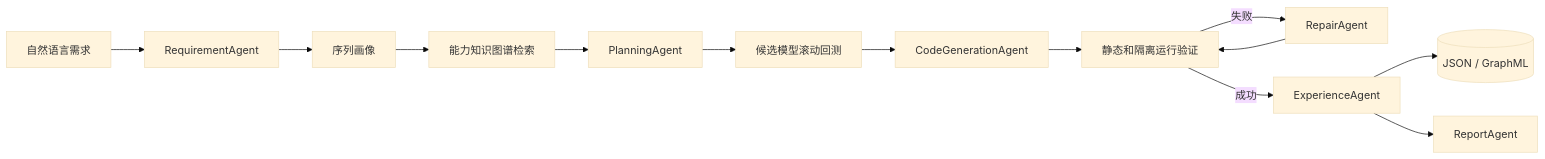
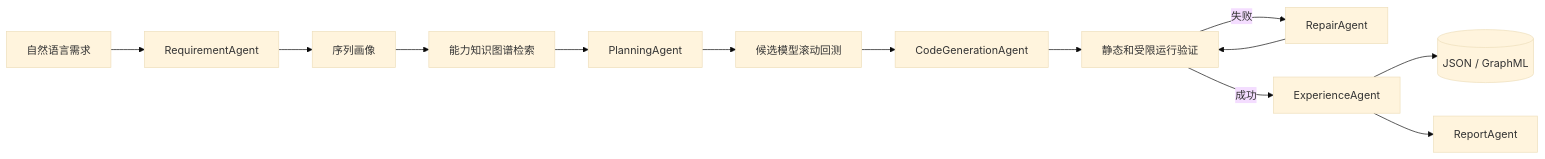
One commit to Charlie-learner/inventory-forecast-factory changed the diagram in README.md. Above: the diagram before and after it, drawn with Mermaid (base theme). The commit also changed other lines of this file and 35 other files, not shown here.

````diff
--- a/README.md
+++ b/README.md
@@ -20,15 +20,15 @@
 ```mermaid
 flowchart LR
     U[自然语言需求] --> R[RequirementAgent]
     R --> P[序列画像]
     P --> K[能力知识图谱检索]
     K --> L[PlanningAgent]
     L --> B[候选模型滚动回测]
     B --> C[CodeGenerationAgent]
-    C --> V[静态和隔离运行验证]
+    C --> V[静态和受限运行验证]
     V -->|失败| F[RepairAgent]
     F --> V
     V -->|成功| E[ExperienceAgent]
     E --> G[(JSON / GraphML)]
     E --> O[ReportAgent]
 ```
````
